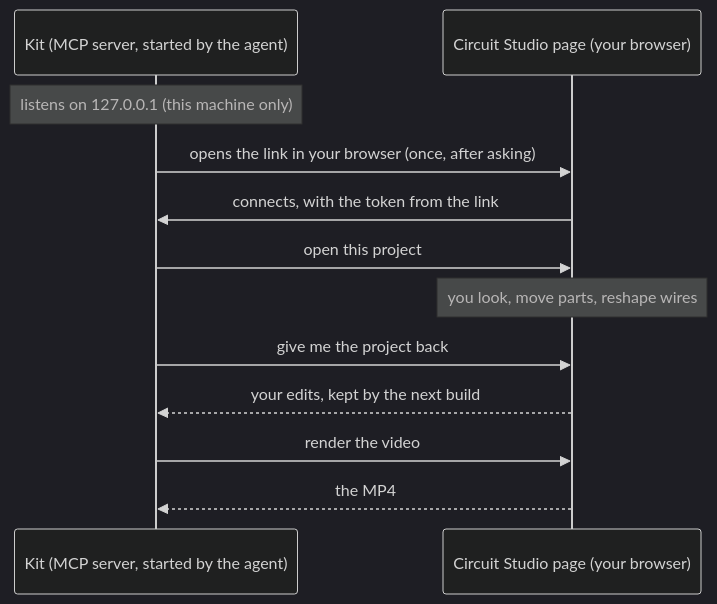
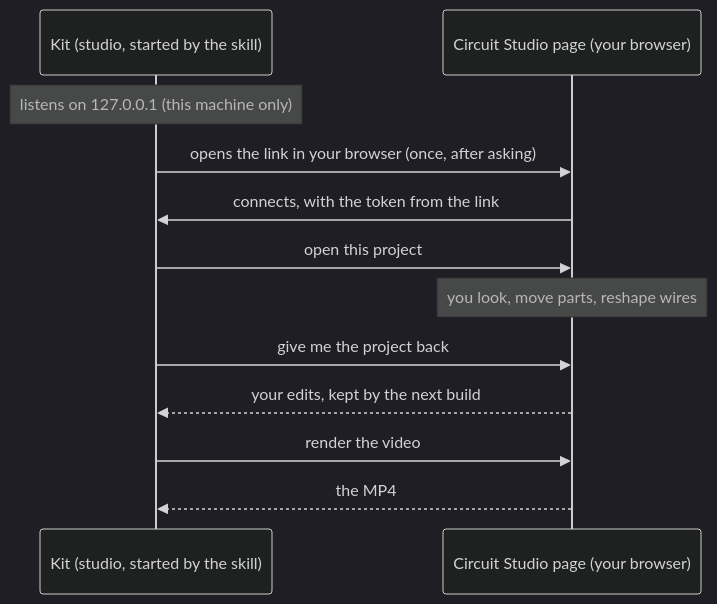
Before and after one commit to docteurzoidberg/circuit-studio-agent-kit: the second of 2 diagrams in README.md, drawn with Mermaid (dark theme). The commit also changed other lines of this file and 12 other files, not shown here.

First line of the commit message:
Hold the bridge in a background studio command instead of an MCP server

````diff
--- a/README.md
+++ b/README.md
@@ -111,14 +111,14 @@
 ```mermaid
 sequenceDiagram
-  participant K as Kit (MCP server, started by the agent)
+  participant K as Kit (studio, started by the skill)
   participant P as Circuit Studio page (your browser)
   Note over K: listens on 127.0.0.1 (this machine only)
   K->>P: opens the link in your browser (once, after asking)
   P->>K: connects, with the token from the link
   K->>P: open this project
   Note over P: you look, move parts, reshape wires
   K->>P: give me the project back
   P-->>K: your edits, kept by the next build
   K->>P: render the video
   P-->>K: the MP4
 ```
````
